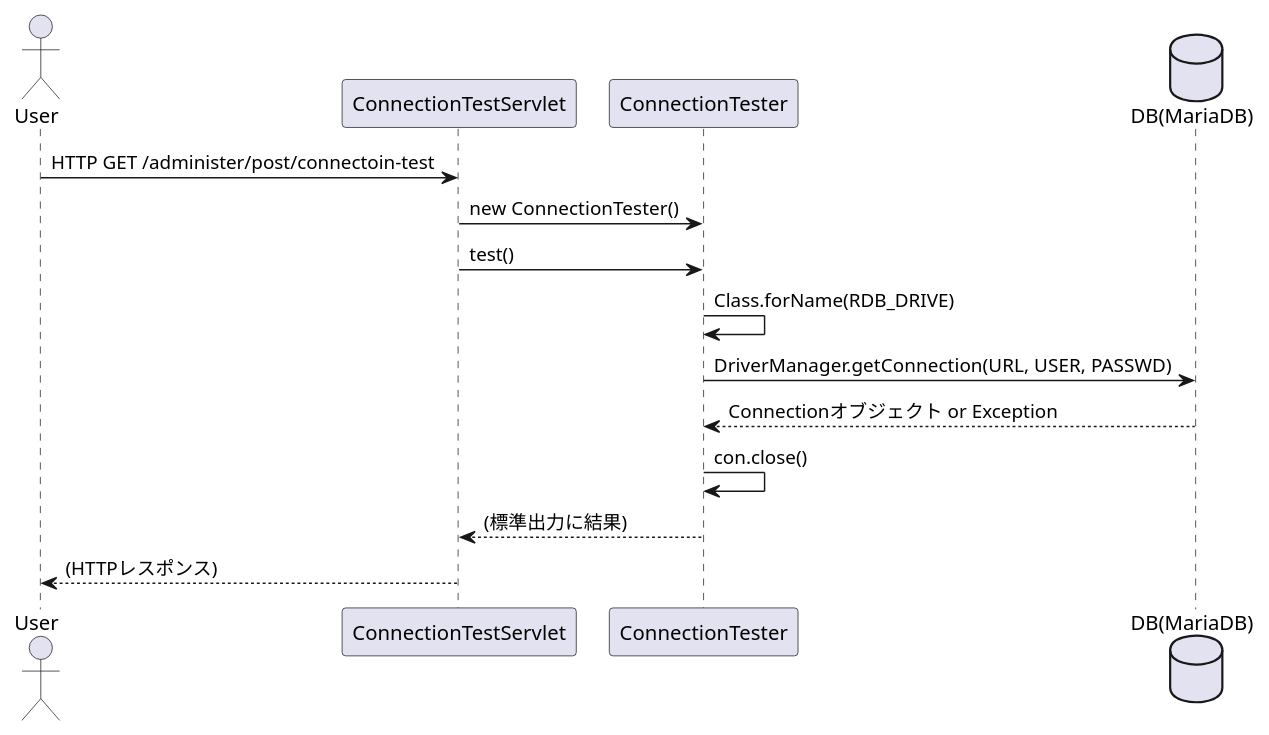
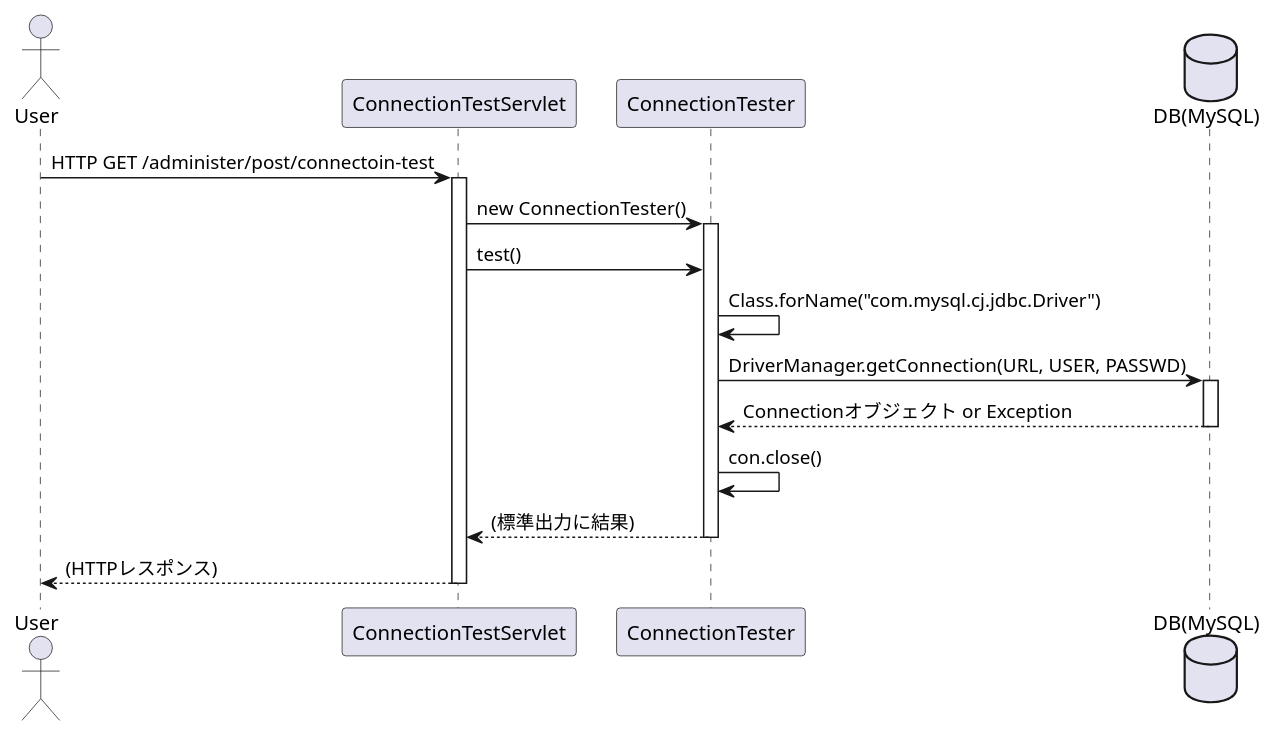
One commit to toichan/miya-blog changed the diagram in documents/connection-tester.puml. Above: the diagram before and after it, drawn with PlantUML. The commit also changed 38 other files, not shown here.

```diff
--- a/documents/connection-tester.puml
+++ b/documents/connection-tester.puml
@@ -1,17 +1,23 @@
 @startuml
 actor User
 participant "ConnectionTestServlet" as Servlet
 participant "ConnectionTester" as Tester
-database "DB(MariaDB)" as DB
+database "DB(MySQL)" as DB
 
 User -> Servlet : HTTP GET /administer/post/connectoin-test
+activate Servlet
 Servlet -> Tester : new ConnectionTester()
+activate Tester
 Servlet -> Tester : test()
-Tester -> Tester : Class.forName(RDB_DRIVE)
+Tester -> Tester : Class.forName("com.mysql.cj.jdbc.Driver")
 Tester -> DB : DriverManager.getConnection(URL, USER, PASSWD)
+activate DB
 DB --> Tester : Connectionオブジェクト or Exception
+deactivate DB
 Tester -> Tester : con.close()
 Tester --> Servlet : (標準出力に結果)
+deactivate Tester
 Servlet --> User : (HTTPレスポンス)
+deactivate Servlet
 
 @enduml
```
